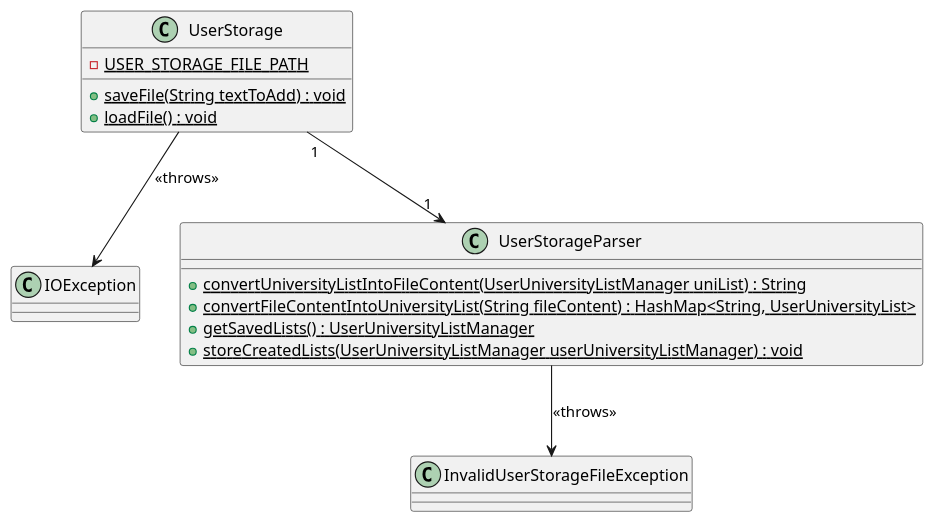
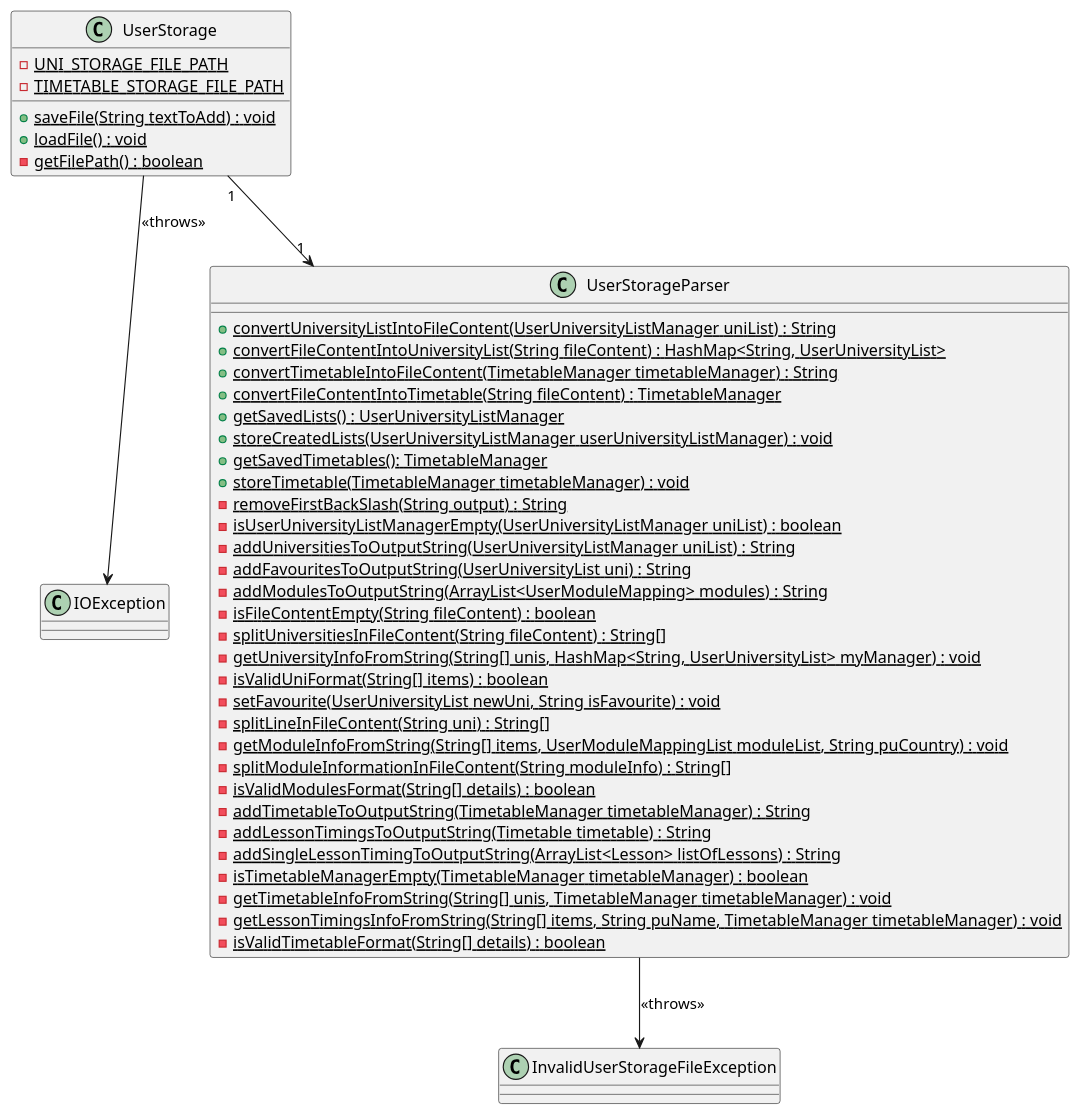
Before and after one commit to nus-cs2113-AY2223S1/tp: the diagram in docs/diagrams/UserStorage_Class.puml, drawn with PlantUML. The commit also changed 1 other file, not shown here.

Commit message:
Update UserStorage class diagram

```diff
--- a/docs/diagrams/UserStorage_Class.puml
+++ b/docs/diagrams/UserStorage_Class.puml
@@ -1,28 +1,55 @@
 @startuml
 
 class UserStorage {
-    {static} - USER_STORAGE_FILE_PATH
+    {static} - UNI_STORAGE_FILE_PATH
+    {static} - TIMETABLE_STORAGE_FILE_PATH
 
     {static} + saveFile(String textToAdd) : void
     {static} + loadFile() : void
+    {static} - getFilePath() : boolean
 }
 
 class IOException {
 
 }
 
 class UserStorageParser {
     {static} + convertUniversityListIntoFileContent(UserUniversityListManager uniList) : String
     {static} + convertFileContentIntoUniversityList(String fileContent) : HashMap<String, UserUniversityList>
+    {static} + convertTimetableIntoFileContent(TimetableManager timetableManager) : String
+    {static} + convertFileContentIntoTimetable(String fileContent) : TimetableManager
     {static} + getSavedLists() : UserUniversityListManager
     {static} + storeCreatedLists(UserUniversityListManager userUniversityListManager) : void
+    {static} + getSavedTimetables(): TimetableManager
+    {static} + storeTimetable(TimetableManager timetableManager) : void
+    {static} - removeFirstBackSlash(String output) : String
+    {static} - isUserUniversityListManagerEmpty(UserUniversityListManager uniList) : boolean
+    {static} - addUniversitiesToOutputString(UserUniversityListManager uniList) : String
+    {static} - addFavouritesToOutputString(UserUniversityList uni) : String
+    {static} - addModulesToOutputString(ArrayList<UserModuleMapping> modules) : String
+    {static} - isFileContentEmpty(String fileContent) : boolean
+    {static} - splitUniversitiesInFileContent(String fileContent) : String[]
+    {static} - getUniversityInfoFromString(String[] unis, HashMap<String, UserUniversityList> myManager) : void
+    {static} - isValidUniFormat(String[] items) : boolean
+    {static} - setFavourite(UserUniversityList newUni, String isFavourite) : void
+    {static} - splitLineInFileContent(String uni) : String[]
+    {static} - getModuleInfoFromString(String[] items, UserModuleMappingList moduleList, String puCountry) : void
+    {static} - splitModuleInformationInFileContent(String moduleInfo) : String[]
+    {static} - isValidModulesFormat(String[] details) : boolean
+    {static} - addTimetableToOutputString(TimetableManager timetableManager) : String
+    {static} - addLessonTimingsToOutputString(Timetable timetable) : String
+    {static} - addSingleLessonTimingToOutputString(ArrayList<Lesson> listOfLessons) : String
+    {static} - isTimetableManagerEmpty(TimetableManager timetableManager) : boolean
+    {static} - getTimetableInfoFromString(String[] unis, TimetableManager timetableManager) : void
+    {static} - getLessonTimingsInfoFromString(String[] items, String puName, TimetableManager timetableManager) : void
+    {static} - isValidTimetableFormat(String[] details) : boolean
 }
 
 class InvalidUserStorageFileException {
 
 }
 
 UserStorage --> IOException : <<throws>>
 UserStorage "1" --> "1" UserStorageParser
 UserStorageParser --> InvalidUserStorageFileException : << throws>>
 @enduml
```
